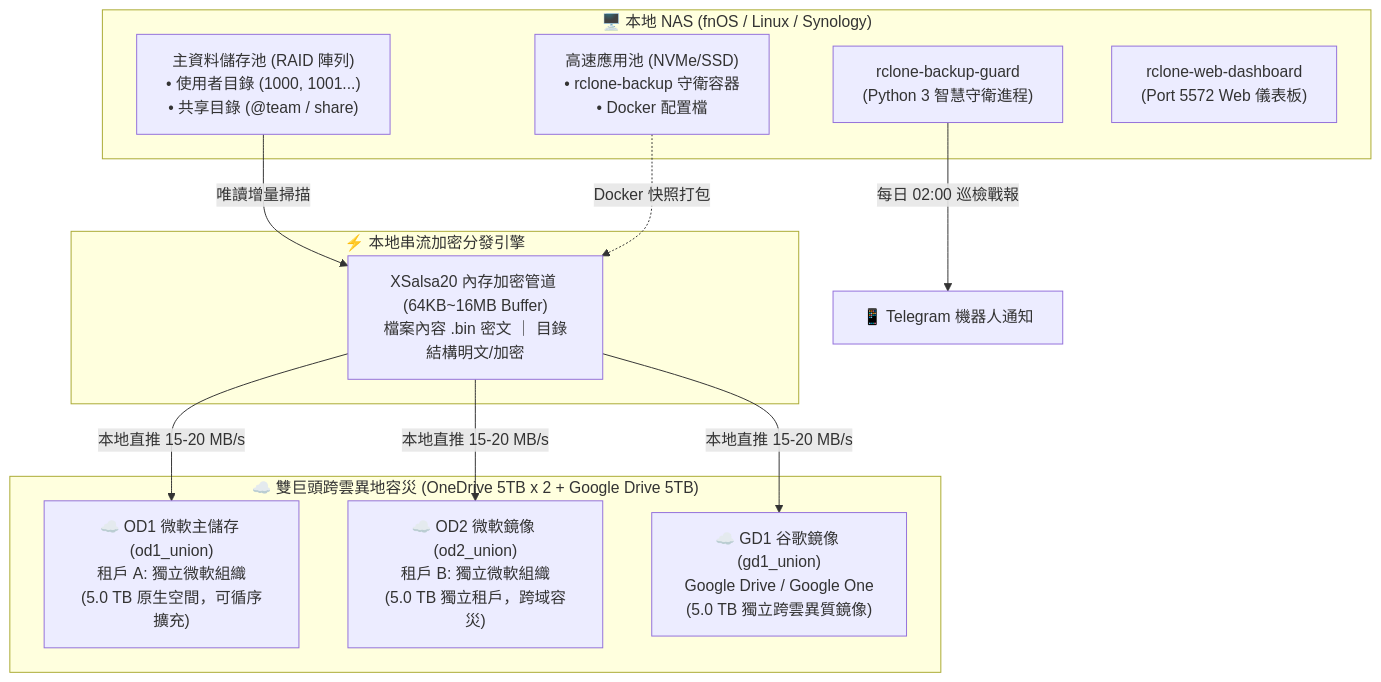
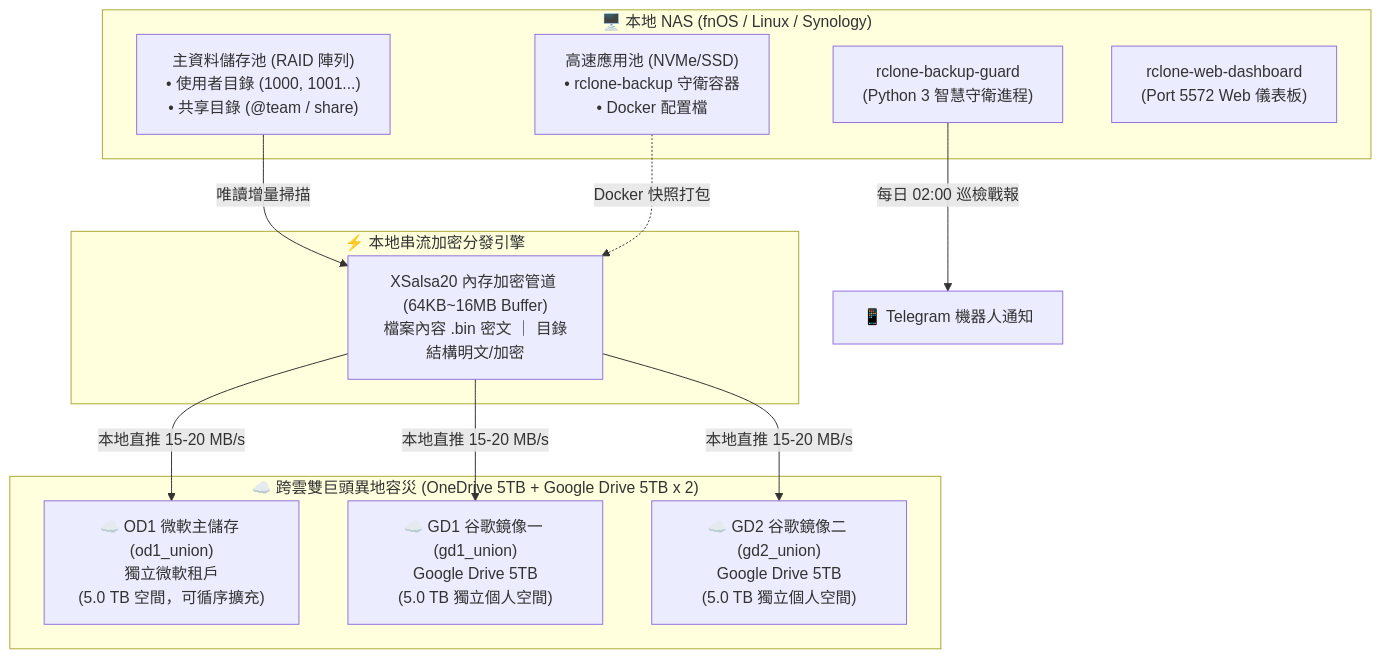
The diagram in README.md (sam0324sam/fnos-onedrive-backup), drawn with Mermaid before and after one commit. The commit also changed other lines of this file and 2 other files, not shown here.

Commit message:
feat(topology): migrate OD2 to GD2 5TB mirror and refactor multi-cloud parallel sync engine

````diff
--- a/README.md
+++ b/README.md
@@ -49,27 +49,27 @@
 ```mermaid
 graph TD
     subgraph Local_NAS ["🖥️ 本地 NAS (fnOS / Linux / Synology)"]
         SSD["高速應用池 (NVMe/SSD)<br>• rclone-backup 守衛容器<br>• Docker 配置檔"]
         HDD["主資料儲存池 (RAID 陣列)<br>• 使用者目錄 (1000, 1001...)<br>• 共享目錄 (@team / share)"]
         Guard["rclone-backup-guard<br>(Python 3 智慧守衛進程)"]
         WebGUI["rclone-web-dashboard<br>(Port 5572 Web 儀表板)"]
     end
 
     subgraph Direct_Engine ["⚡ 本地串流加密分發引擎"]
         Crypt["XSalsa20 內存加密管道 (64KB~16MB Buffer)<br>檔案內容 .bin 密文 ｜ 目錄結構明文/加密"]
     end
 
-    subgraph Dual_Cloud ["☁️ 雙巨頭跨雲異地容災 (OneDrive 5TB x 2 + Google Drive 5TB)"]
-        OD1["☁️ OD1 微軟主儲存 (od1_union)<br>租戶 A: 獨立微軟組織<br>(5.0 TB 原生空間，可循序擴充)"]
-        OD2["☁️ OD2 微軟鏡像 (od2_union)<br>租戶 B: 獨立微軟組織<br>(5.0 TB 獨立租戶，跨域容災)"]
-        GD1["☁️ GD1 谷歌鏡像 (gd1_union)<br>Google Drive / Google One<br>(5.0 TB 獨立跨雲異質鏡像)"]
+    subgraph Dual_Cloud ["☁️ 跨雲雙巨頭異地容災 (OneDrive 5TB + Google Drive 5TB x 2)"]
+        OD1["☁️ OD1 微軟主儲存 (od1_union)<br>獨立微軟租戶<br>(5.0 TB 空間，可循序擴充)"]
+        GD1["☁️ GD1 谷歌鏡像一 (gd1_union)<br>Google Drive 5TB<br>(5.0 TB 獨立個人空間)"]
+        GD2["☁️ GD2 谷歌鏡像二 (gd2_union)<br>Google Drive 5TB<br>(5.0 TB 獨立個人空間)"]
     end
 
     HDD -->|唯讀增量掃描| Crypt
     SSD -.->|Docker 快照打包| Crypt
     Crypt -->|本地直推 15-20 MB/s| OD1
-    Crypt -->|本地直推 15-20 MB/s| OD2
     Crypt -->|本地直推 15-20 MB/s| GD1
+    Crypt -->|本地直推 15-20 MB/s| GD2
 
     Guard -->|每日 02:00 巡檢戰報| TG["📱 Telegram 機器人通知"]
 ```
````
